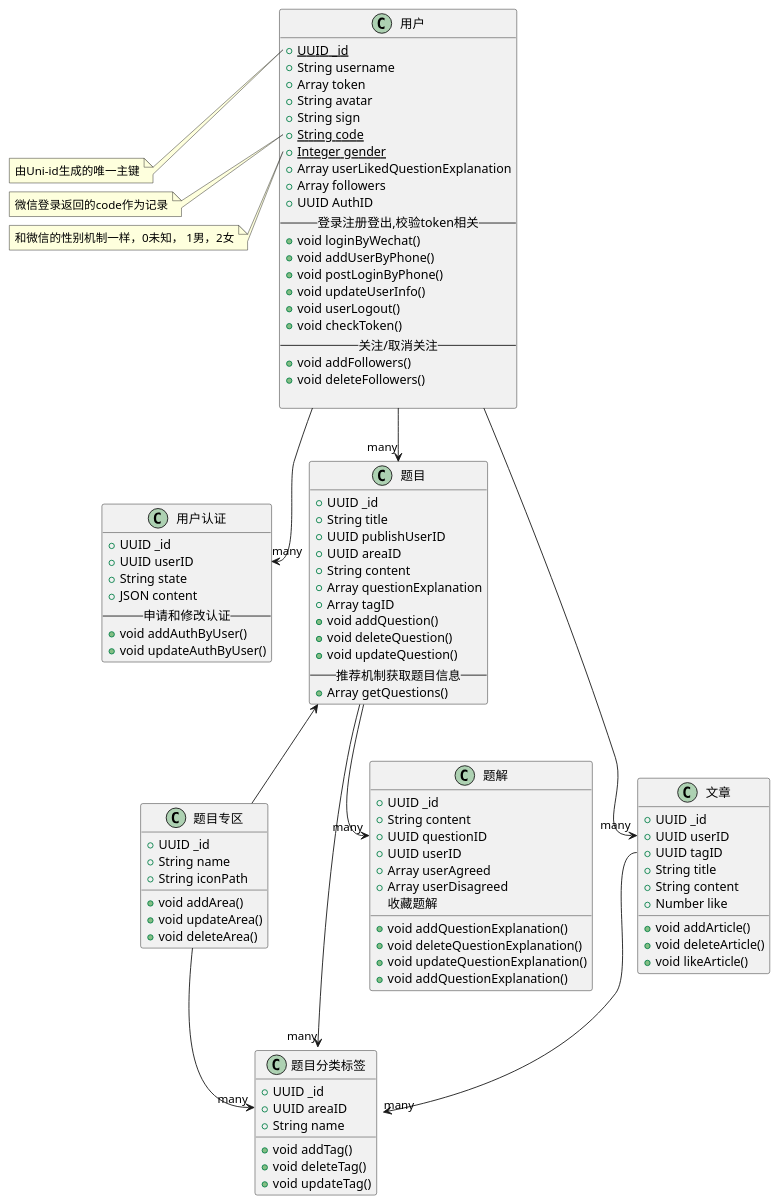
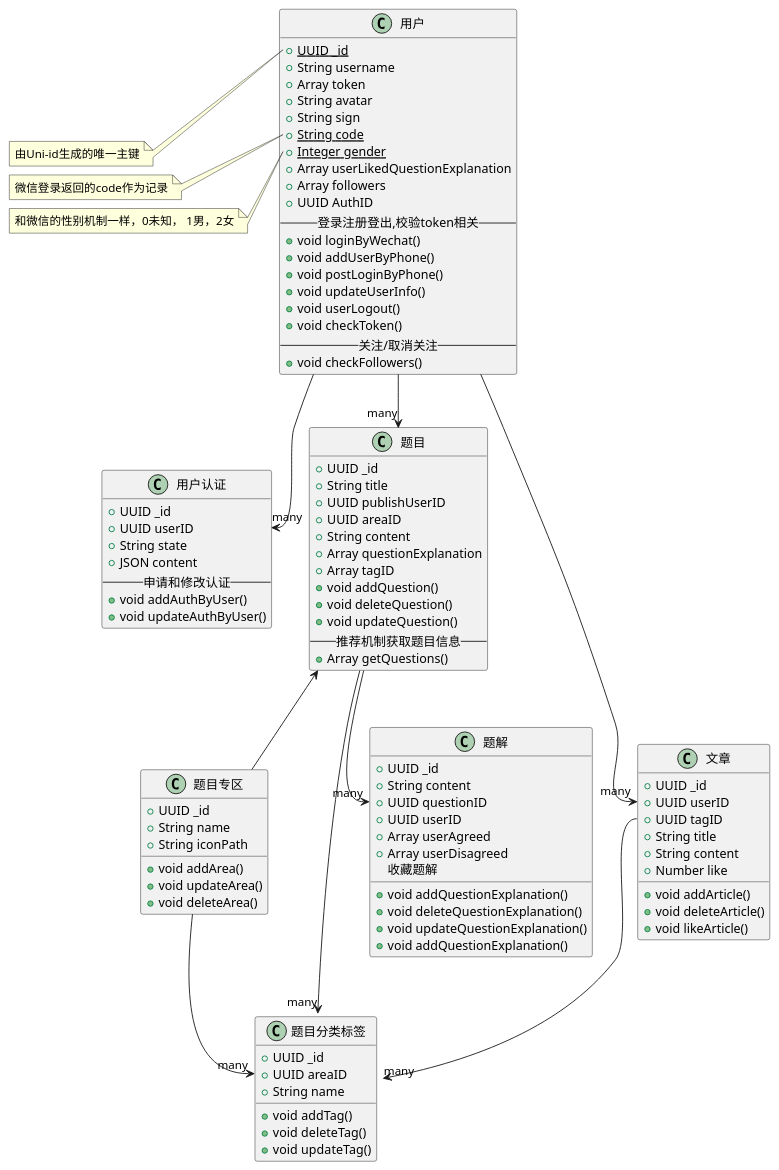
Before and after one commit to swordjs/app: the diagram in doc/db/core.puml, drawn with PlantUML. The commit also changed 2 other files, not shown here.

Commit message:
[fect] 添加checkFollowers Api

```diff
--- a/doc/db/core.puml
+++ b/doc/db/core.puml
@@ -1,108 +1,106 @@
 @startuml
 class 用户 {
     {static} +UUID _id
     +String username
     +Array token
     +String avatar
     +String sign
     {static} +String code
     {static} +Integer gender
     +Array userLikedQuestionExplanation
     +Array followers
     +UUID AuthID
     --登录注册登出,校验token相关--
     +void loginByWechat()
     +void addUserByPhone()
     +void postLoginByPhone()
     +void updateUserInfo()
     +void userLogout()
     +void checkToken()
     --关注/取消关注--
-    +void addFollowers()
-    +void deleteFollowers()
-
+    +void checkFollowers()
 }
 class 用户认证{
     +UUID _id
     +UUID userID
     +String state
     +JSON content
     --申请和修改认证--
     +void addAuthByUser()
     +void updateAuthByUser()
 }
 class 题目专区 {
     +UUID _id
     +String name
     +String iconPath
     +void addArea()
     +void updateArea()
     +void deleteArea()
 }
 class 题目分类标签{
     +UUID _id
     +UUID areaID
     +String name
     +void addTag()
     +void deleteTag()
     +void updateTag()
 }
 class 题目 {
     +UUID _id
     +String title
     +UUID publishUserID
     +UUID areaID
     +String content
     +Array questionExplanation
     +Array tagID
     +void addQuestion()
     +void deleteQuestion()
     +void updateQuestion()
     --推荐机制获取题目信息--
     +Array getQuestions()
 }
 class 题解{
     +UUID _id
     +String content
     +UUID questionID
     +UUID userID
     +Array userAgreed
     +Array userDisagreed
     +void addQuestionExplanation()
     +void deleteQuestionExplanation()
     +void updateQuestionExplanation()
      --收藏题解--
     +void addQuestionExplanation()
 }
 
 
 class 文章{
     +UUID _id
     +UUID userID
     +UUID tagID
     +String title
     +String content
     +Number like
     +void addArticle()
     +void deleteArticle()
     +void likeArticle()
 }
 
 题目专区 --> "many" 题目分类标签::areaID
 用户 --> "many" 题目
 用户 --> "many" 用户认证::userID
 用户 --> "many" 文章::userID
 文章::tagID --> "many" 题目分类标签
 题目 --> "many" 题目分类标签
 题目 <-- 题目专区
 题目 --> "many" 题解::questionID
 note left of 用户::_id
 由Uni-id生成的唯一主键
 end note
 note left of 用户::code
 微信登录返回的code作为记录
 end note
 note left of 用户::gender
 和微信的性别机制一样，0未知， 1男，2女
 end note
 @enduml
```
